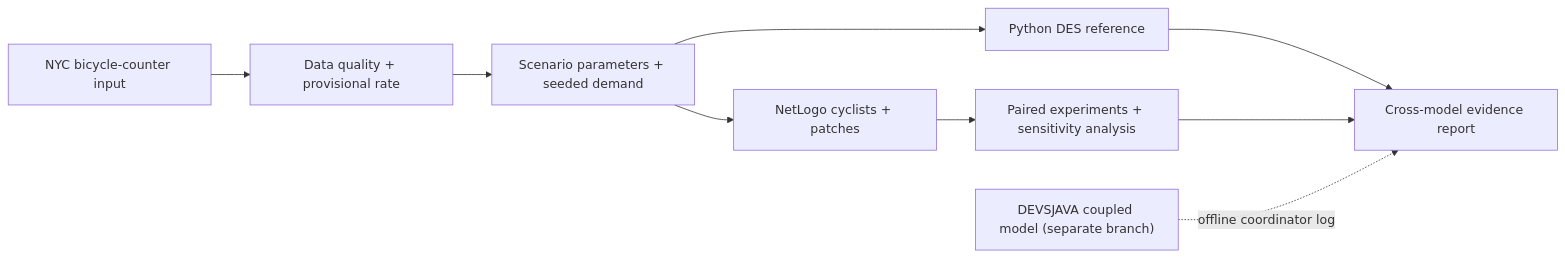
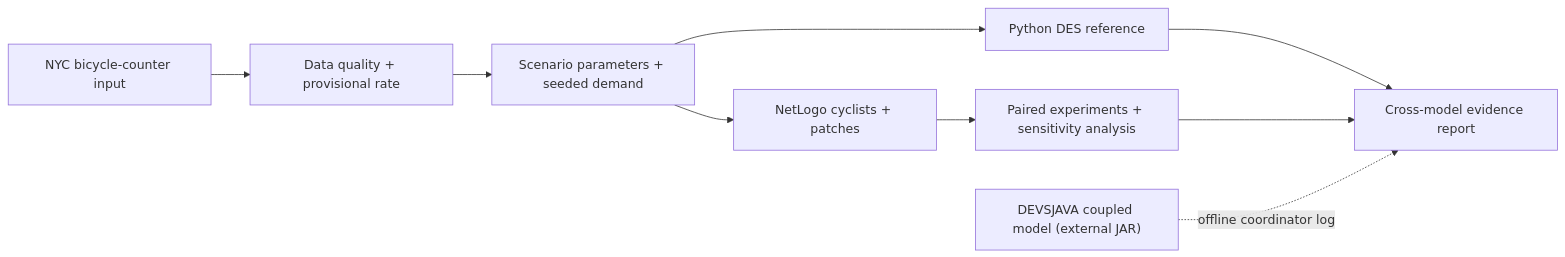
One commit to rainrunner20/Cyclistics-CSC-754-Final-Project changed the diagram in README.md. Above: the diagram before and after it, drawn with Mermaid. The commit also changed other lines of this file, not shown here.

Commit message:
docs(readme): describe integrated DEVSJAVA model and reproducibility

````diff
--- a/README.md
+++ b/README.md
@@ -62,11 +62,11 @@
 ```mermaid
 flowchart LR
     A["Scenario parameters + seeded demand"] --> B["Python DES reference"]
     A --> C["NetLogo cyclists + patches"]
     D["NYC bicycle-counter input"] --> E["Data quality + provisional rate"]
     E --> A
     B --> F["Cross-model evidence report"]
     C --> G["Paired experiments + sensitivity analysis"]
     G --> F
-    H["DEVSJAVA coupled model (separate branch)"] -. "offline coordinator log" .-> F
+    H["DEVSJAVA coupled model (external JAR)"] -. "offline coordinator log" .-> F
 ```
````
